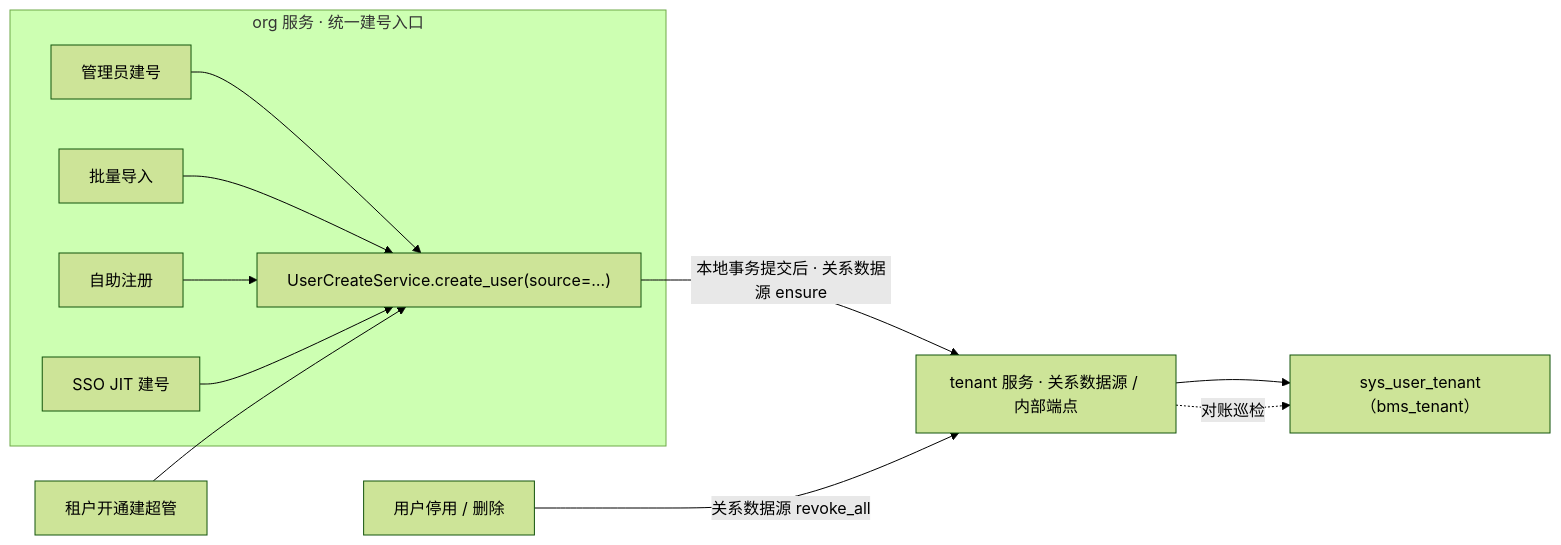
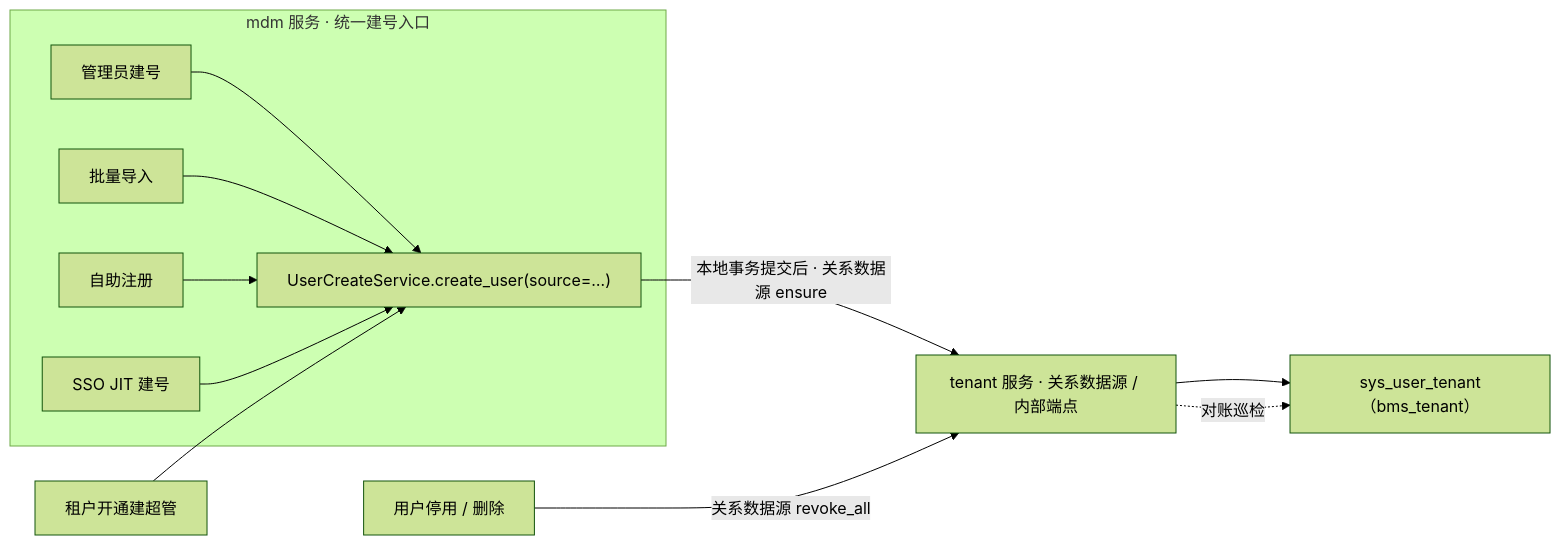
Before and after one commit to minjian123/basic-management-system: the first of 2 diagrams in bms文档/项目/06_认证与安全/任务/11_租户自助与用户租户关系/11_租户自助与用户租户关系_01_用户租户关系与租户自助真实化/设计/01_详细设计_01_用户租户关系与租户自助真实化.md, drawn with Mermaid (forest theme). The commit also changed other lines of this file and 501 other files, not shown here.

````diff
--- a/bms文档/项目/06_认证与安全/任务/11_租户自助与用户租户关系/11_租户自助与用户租户关系_01_用户租户关系与租户自助真实化/设计/01_详细设计_01_用户租户关系与租户自助真实化.md
+++ b/bms文档/项目/06_认证与安全/任务/11_租户自助与用户租户关系/11_租户自助与用户租户关系_01_用户租户关系与租户自助真实化/设计/01_详细设计_01_用户租户关系与租户自助真实化.md
@@ -102,14 +102,14 @@
 ```mermaid
 flowchart LR
-    subgraph 建号入口["org 服务 · 统一建号入口"]
+    subgraph 建号入口["mdm 服务 · 统一建号入口"]
         A1["管理员建号"] --> C["UserCreateService.create_user(source=…)"]
         A2["批量导入"] --> C
         A3["自助注册"] --> C
         A4["SSO JIT 建号"] --> C
     end
     A5["租户开通建超管"] --> C
     C -->|"本地事务提交后 · 关系数据源 ensure"| M["tenant 服务 · 关系数据源 / 内部端点"]
     D["用户停用 / 删除"] -->|"关系数据源 revoke_all"| M
     M --> T["sys_user_tenant（bms_tenant）"]
     M -.对账巡检.-> T
 ```
````
